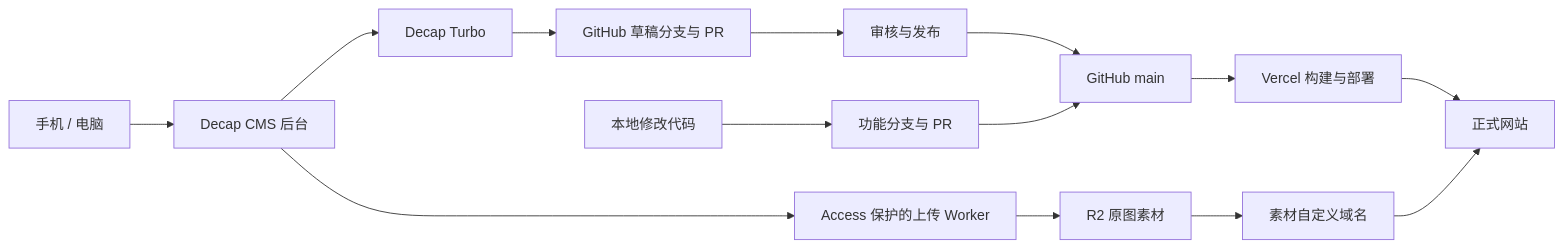
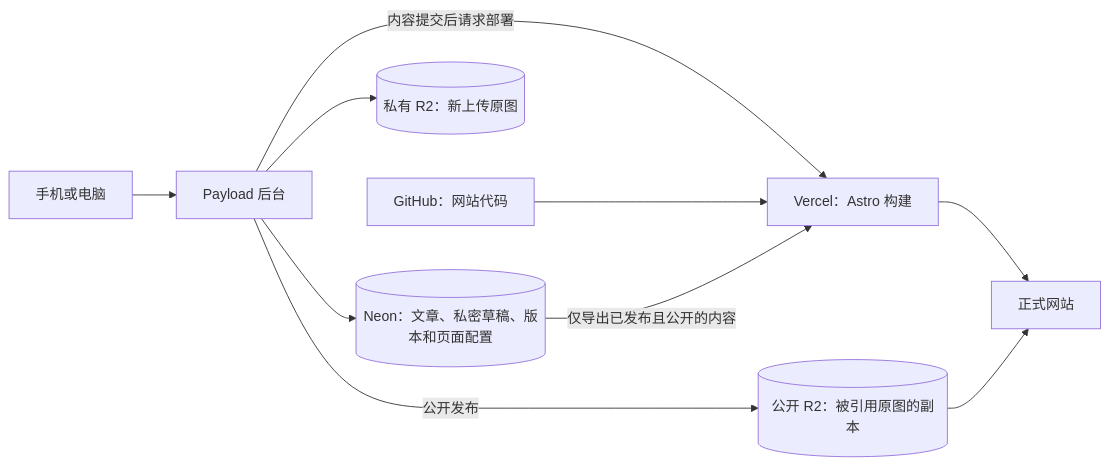
The diagram in README.md (XYR-star/2026-websites-Ricky), drawn with Mermaid before and after one commit. The commit also changed other lines of this file and 3 other files, not shown here.

````diff
--- a/README.md
+++ b/README.md
@@ -27,16 +12,12 @@
 ```mermaid
 flowchart LR
-  Editor[手机 / 电脑] --> CMS[Decap CMS 后台]
-  CMS --> Turbo[Decap Turbo]
-  Turbo --> Draft[GitHub 草稿分支与 PR]
-  Draft --> Publish[审核与发布]
-  Publish --> Main[GitHub main]
-  Local[本地修改代码] --> CodePR[功能分支与 PR]
-  CodePR --> Main
-  Main --> Vercel[Vercel 构建与部署]
-  Vercel --> Site[正式网站]
-  CMS --> Upload[Access 保护的上传 Worker]
-  Upload --> R2[R2 原图素材]
-  R2 --> Assets[素材自定义域名]
-  Assets --> Site
+  Editor[手机或电脑] --> CMS[Payload 后台]
+  CMS --> DB[(Neon：文章、私密草稿、版本和页面配置)]
+  CMS --> Private[(私有 R2：新上传原图)]
+  CMS -->|公开发布| Public[(公开 R2：被引用原图的副本)]
+  CMS -->|内容提交后请求部署| Build[Vercel：Astro 构建]
+  GitHub[GitHub：网站代码] --> Build
+  DB -->|仅导出已发布且公开的内容| Build
+  Build --> Site[正式网站]
+  Public --> Site
 ```
````
